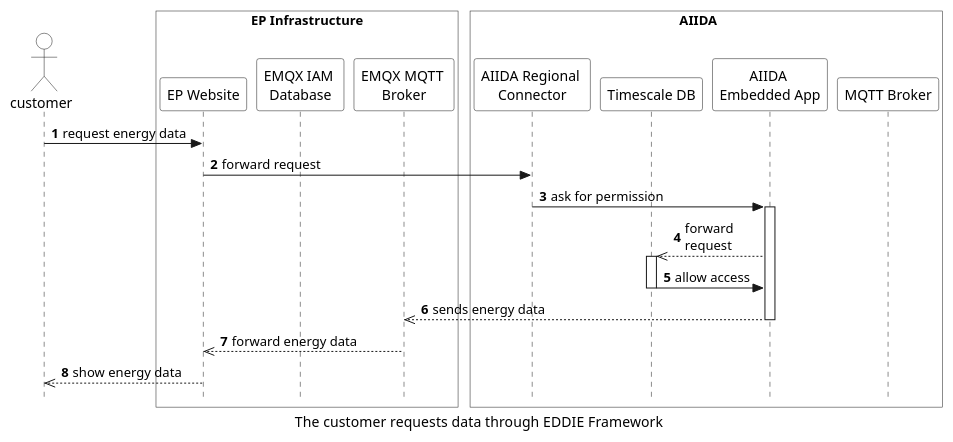
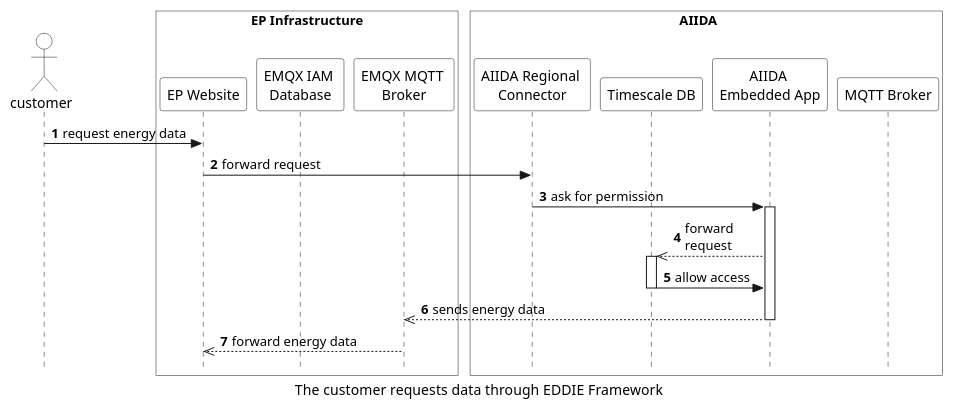
The diagram in arc42/aiida/runtime-view/figures/aiida_request_data.puml (eddie-energy/architecture), drawn with PlantUML before and after one commit. The commit also changed 6 other files, not shown here.

```diff
--- a/arc42/aiida/runtime-view/figures/aiida_request_data.puml
+++ b/arc42/aiida/runtime-view/figures/aiida_request_data.puml
@@ -1,59 +1,58 @@
 @startuml aiida_request_data
 'sequence diagram
 caption The customer requests data through EDDIE  Framework
 
 skinparam style strictuml
 skinparam sequence {
   ParticipantBackgroundColor transparent
   ActorBackgroundColor transparent
 }
 
 autonumber
 !pragma teoz true
 actor customer
 
 box "Device" as device
 end box
 
 box "EP Infrastructure" #transparent
 
     participant "EP Website" as website
       participant "EMQX IAM \nDatabase" as database
     participant "EMQX MQTT \nBroker" as mqttbroker
 end box
     box "\tAIIDA\t\t"  #transparent
     participant "AIIDA Regional \nConnector" as connector
      participant "Timescale DB" as timescale
       participant "AIIDA \nEmbedded App"  as app
       participant "MQTT Broker" as broker
   end box
 
 
 
 
 customer -> website : request energy data
 website -> connector : forward request
 
 
 connector -> app: ask for permission
 
 activate app 
 app -->> timescale : forward\nrequest
 activate timescale
 timescale -> app : allow access
 deactivate timescale
 app -->> mqttbroker  :sends energy data
 deactivate app
 
 deactivate connector
 
 deactivate timescale
 mqttbroker -->> website : forward energy data
 
 deactivate database
-website -->> customer : show energy data
-deactivate website
+
 
 
 
 @enduml
```
